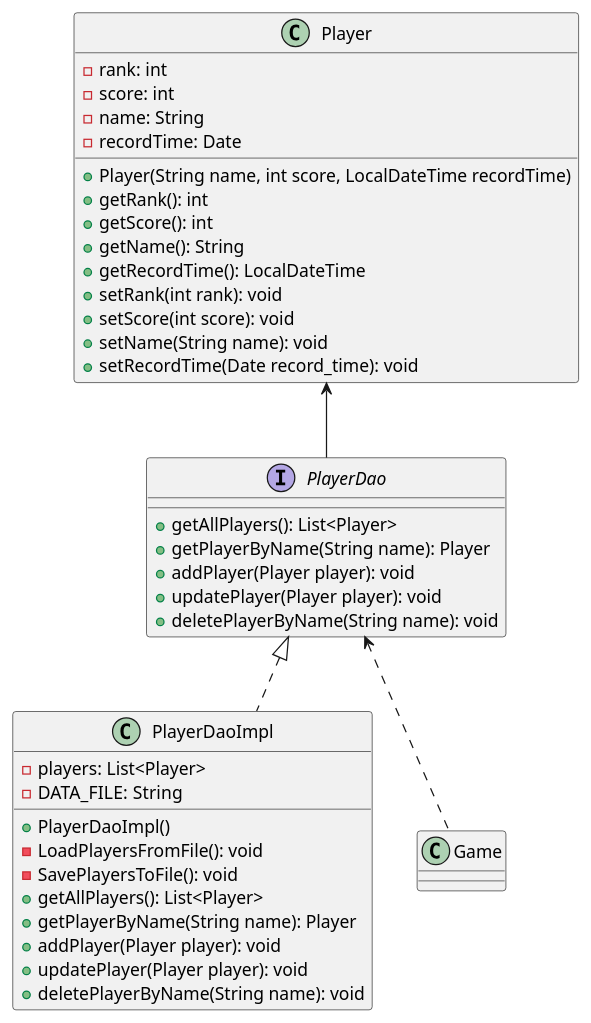
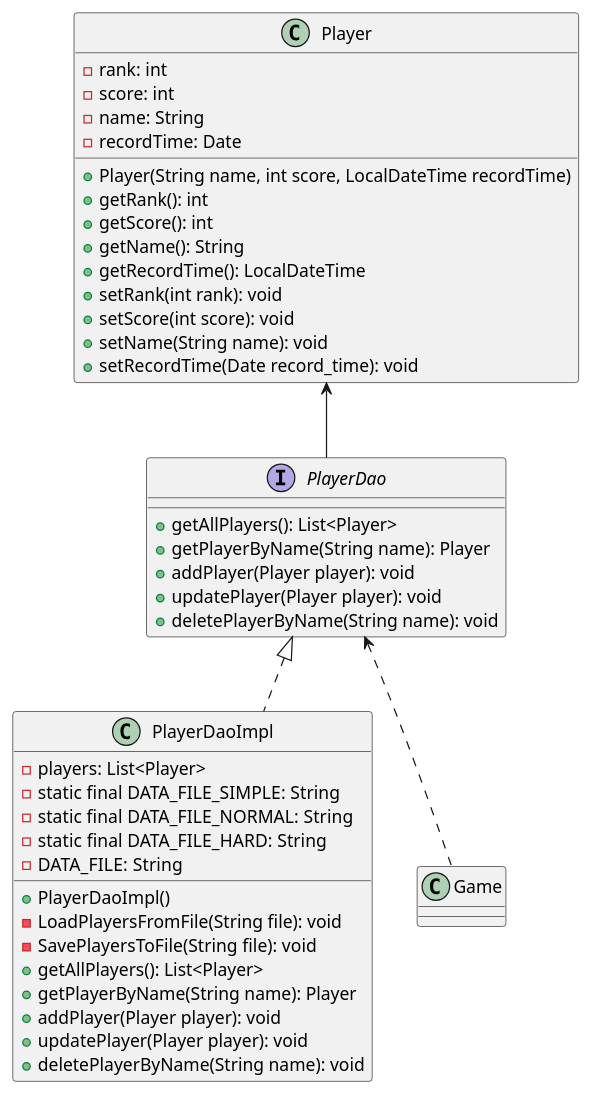
The diagram in uml/Dao.puml (ErixisLWP/Aircraft), drawn with PlantUML before and after one commit. The commit also changed 30 other files, not shown here.

```diff
--- a/uml/Dao.puml
+++ b/uml/Dao.puml
@@ -1,48 +1,51 @@
 @startuml
 
 class Player {
     - rank: int
     - score: int
     - name: String
     - recordTime: Date
     + Player(String name, int score, LocalDateTime recordTime)
     + getRank(): int
     + getScore(): int
     + getName(): String
     + getRecordTime(): LocalDateTime
     + setRank(int rank): void
     + setScore(int score): void
     + setName(String name): void
     + setRecordTime(Date record_time): void
 }
 
 interface PlayerDao {
     + getAllPlayers(): List<Player>
     + getPlayerByName(String name): Player
     + addPlayer(Player player): void
     + updatePlayer(Player player): void
     + deletePlayerByName(String name): void
 }
 
 Player <-- PlayerDao
 
 class PlayerDaoImpl {
     - players: List<Player>
+    - static final DATA_FILE_SIMPLE: String
+    - static final DATA_FILE_NORMAL: String
+    - static final DATA_FILE_HARD: String
     - DATA_FILE: String
     + PlayerDaoImpl()
-    - LoadPlayersFromFile(): void
-    - SavePlayersToFile(): void
+    - LoadPlayersFromFile(String file): void
+    - SavePlayersToFile(String file): void
     + getAllPlayers(): List<Player>
     + getPlayerByName(String name): Player
     + addPlayer(Player player): void
     + updatePlayer(Player player): void
     + deletePlayerByName(String name): void
 }
 
 PlayerDao <|.. PlayerDaoImpl
 
 Class Game{}
 
 PlayerDao <.. Game
 
 @enduml
```
